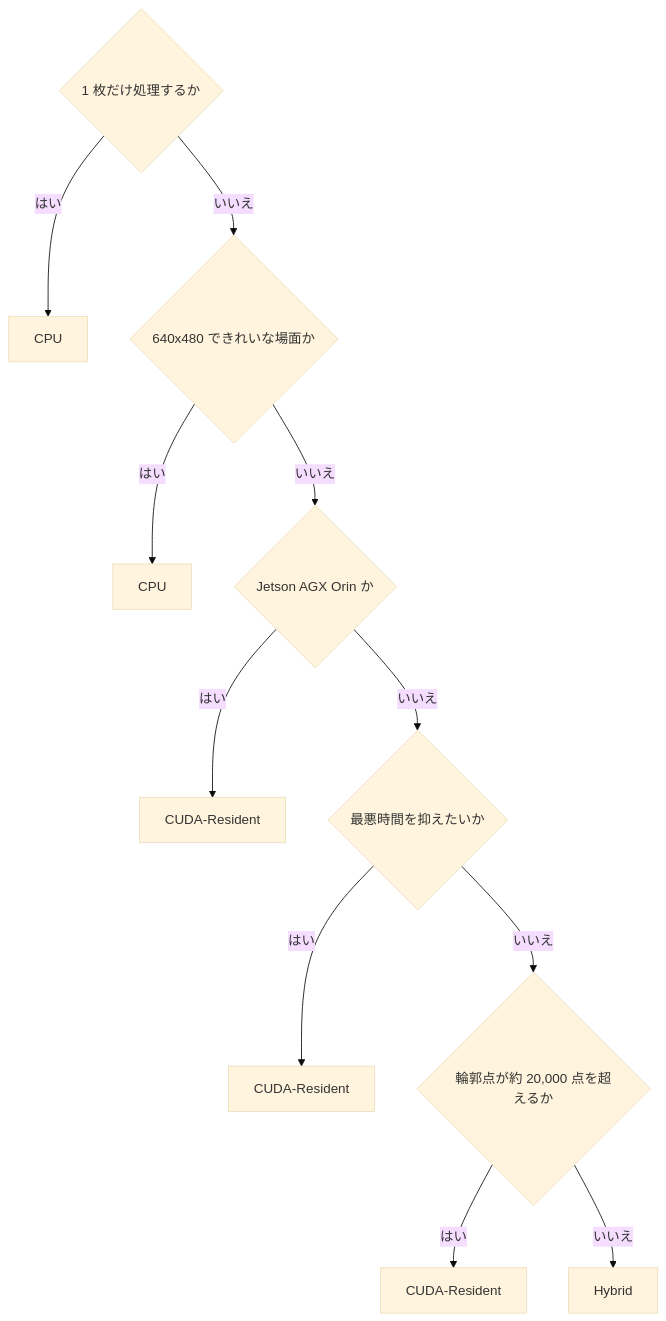
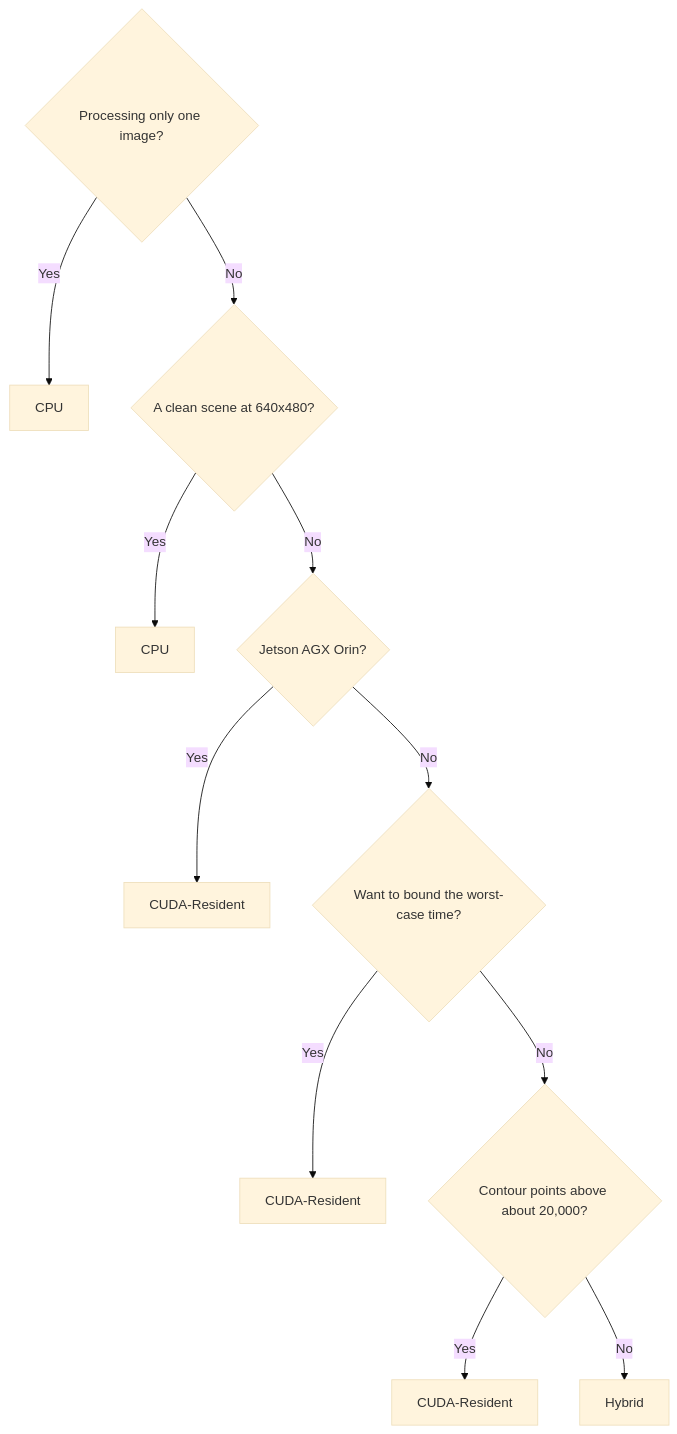
The second of 2 diagrams in docs/benchmark-report.md (MasakazuTobeta/ArUco3-CUDA), drawn with Mermaid (base theme) before and after one commit. The commit also changed other lines of this file and 187 other files, not shown here.

````diff
--- a/docs/benchmark-report.md
+++ b/docs/benchmark-report.md
@@ -439,13 +439,13 @@
 ```mermaid
 flowchart TD
-    S{"1 枚だけ処理するか"} -->|はい| CPU1["CPU"]
-    S -->|いいえ| Q640{"640x480 できれいな場面か"}
-    Q640 -->|はい| CPU2["CPU"]
-    Q640 -->|いいえ| M{"Jetson AGX Orin か"}
-    M -->|はい| R1["CUDA-Resident"]
-    M -->|いいえ| W{"最悪時間を抑えたいか"}
-    W -->|はい| R2["CUDA-Resident"]
-    W -->|いいえ| K{"輪郭点が約 20,000 点を超えるか"}
-    K -->|はい| R3["CUDA-Resident"]
-    K -->|いいえ| H["Hybrid"]
+    S{"Processing only one image?"} -->|Yes| CPU1["CPU"]
+    S -->|No| Q640{"A clean scene at 640x480?"}
+    Q640 -->|Yes| CPU2["CPU"]
+    Q640 -->|No| M{"Jetson AGX Orin?"}
+    M -->|Yes| R1["CUDA-Resident"]
+    M -->|No| W{"Want to bound the worst-case time?"}
+    W -->|Yes| R2["CUDA-Resident"]
+    W -->|No| K{"Contour points above about 20,000?"}
+    K -->|Yes| R3["CUDA-Resident"]
+    K -->|No| H["Hybrid"]
 ```
````
